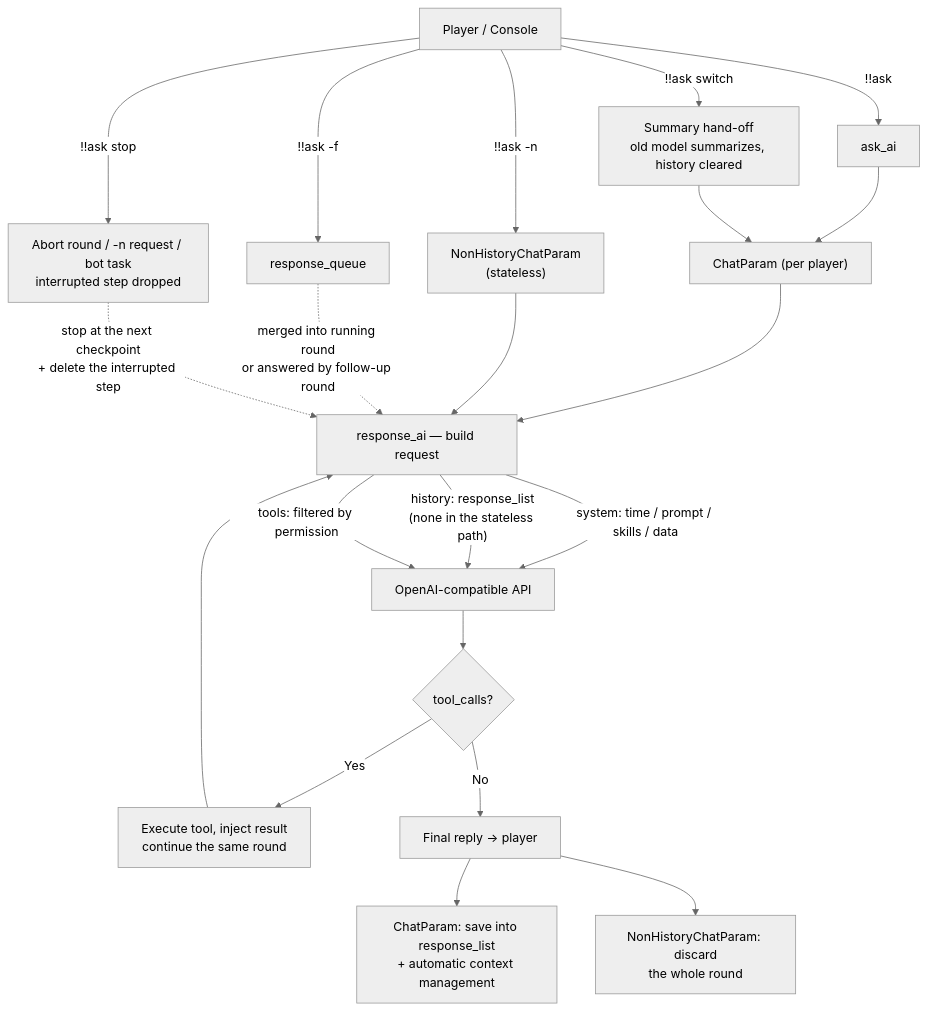
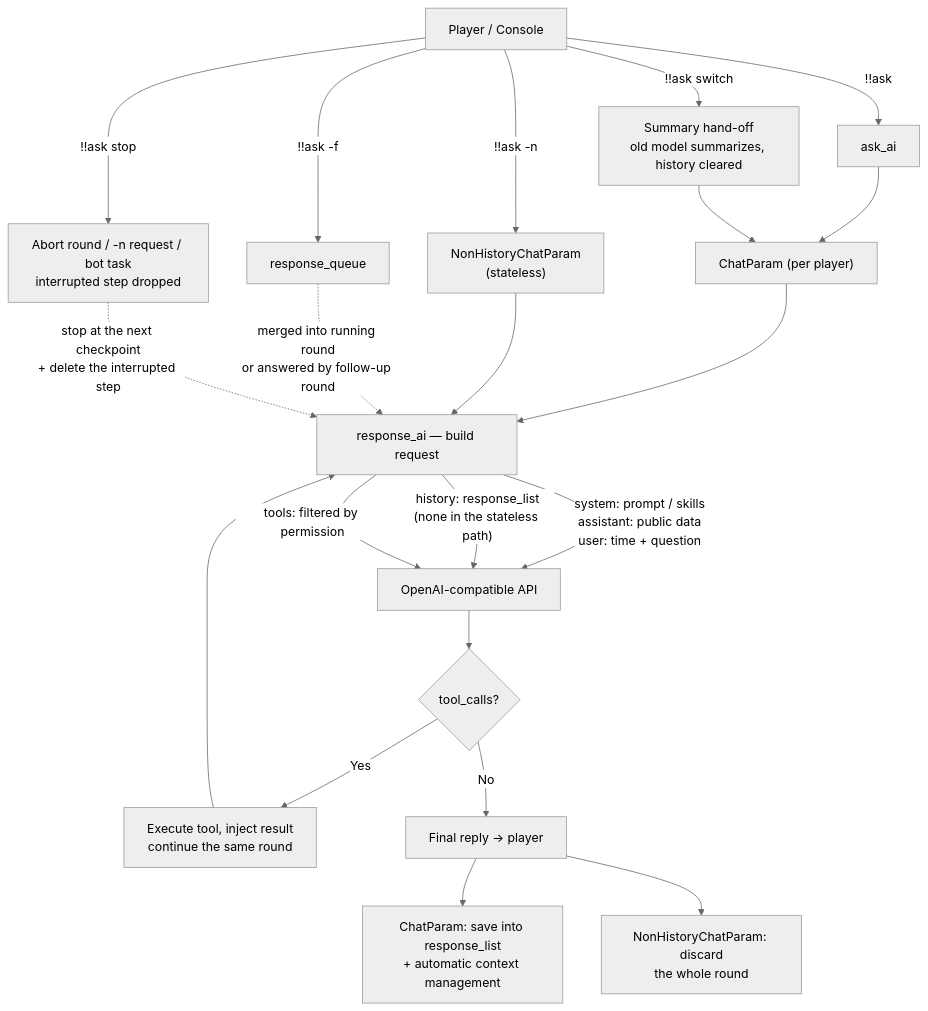
Before and after one commit to PengZixuan30/Games_AI: the diagram in docs/en_us/ai-request-pipeline.md, drawn with Mermaid (neutral theme). The commit also changed other lines of this file and 12 other files, not shown here.

````diff
--- a/docs/en_us/ai-request-pipeline.md
+++ b/docs/en_us/ai-request-pipeline.md
@@ -26,26 +27,26 @@
 ```mermaid
 flowchart TD
     U["Player / Console"] -->|"!!ask <content>"| ASK["ask_ai"]
     U -->|"!!ask -n <content>"| NOH["NonHistoryChatParam<br/>(stateless)"]
     U -->|"!!ask -f <content>"| QUEUE["response_queue"]
     U -->|"!!ask switch <model>"| SWITCH["Summary hand-off<br/>old model summarizes, history cleared"]
     U -->|"!!ask stop"| STOP["Abort round / -n request / bot task<br/>interrupted step dropped"]
 
     ASK --> CP["ChatParam (per player)"]
     CP --> BUILD["response_ai — build request"]
     NOH --> BUILD
-    BUILD -->|"system: time / prompt / skills / data"| API
+    BUILD -->|"system: prompt / skills<br/>assistant: public data<br/>user: time + question"| API
     BUILD -->|"history: response_list<br/>(none in the stateless path)"| API
     BUILD -->|"tools: filtered by permission"| API
 
     API["OpenAI-compatible API"] --> TOOLCALL{"tool_calls?"}
     TOOLCALL -->|"Yes"| TOOL["Execute tool, inject result<br/>continue the same round"]
     TOOL --> BUILD
     TOOLCALL -->|"No"| REPLY["Final reply → player"]
     REPLY --> SAVE["ChatParam: save into response_list<br/>+ automatic context management"]
     REPLY --> DROP["NonHistoryChatParam: discard<br/>the whole round"]
 
     QUEUE -.->|"merged into running round<br/>or answered by follow-up round"| BUILD
     SWITCH --> CP
     STOP -.->|"stop at the next checkpoint<br/>+ delete the interrupted step"| BUILD
 ```
````
